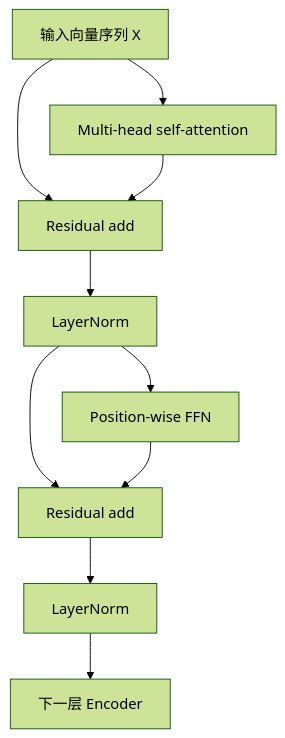
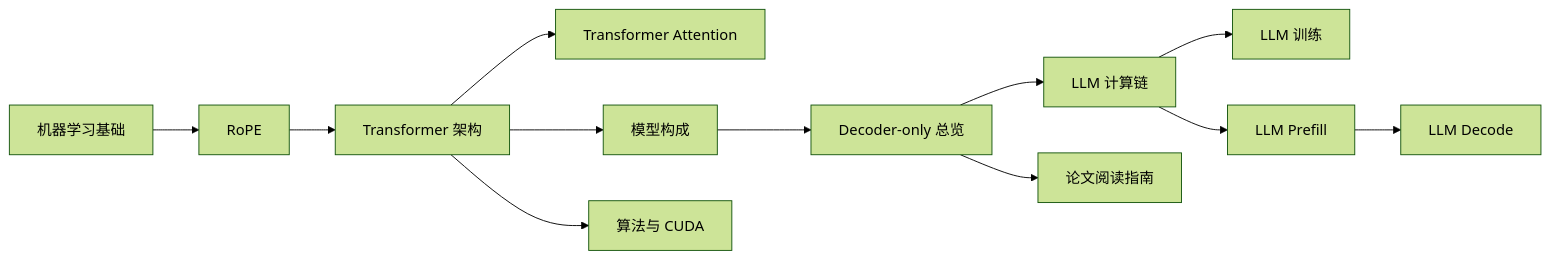
One commit to Faione/notebook changed the diagram in papers/attention_is_all_you_need/transformer_prerequisites.md. Above: the diagram before and after it, drawn with Mermaid (forest theme). The commit also changed other lines of this file and 19 other files, not shown here.

````diff
--- a/papers/attention_is_all_you_need/transformer_prerequisites.md
+++ b/papers/attention_is_all_you_need/transformer_prerequisites.md
@@ -168,12 +5,14 @@
 ```mermaid
-flowchart TD
-    A["输入向量序列 X"] --> B["Multi-head self-attention"]
-    A --> C["Residual add"]
-    B --> C
-    C --> D["LayerNorm"]
-    D --> E["Position-wise FFN"]
-    D --> F["Residual add"]
-    E --> F
-    F --> G["LayerNorm"]
-    G --> H["下一层 Encoder"]
+flowchart LR
+    A["机器学习基础"] --> RP["RoPE"]
+    RP --> B["Transformer 架构"]
+    B --> AT["Transformer Attention"]
+    B --> C["模型构成"]
+    C --> L["Decoder-only 总览"]
+    L --> C2["LLM 计算链"]
+    C2 --> T["LLM 训练"]
+    C2 --> PF["LLM Prefill"]
+    PF --> DE["LLM Decode"]
+    L --> R["论文阅读指南"]
+    B --> E["算法与 CUDA"]
 ```
````
